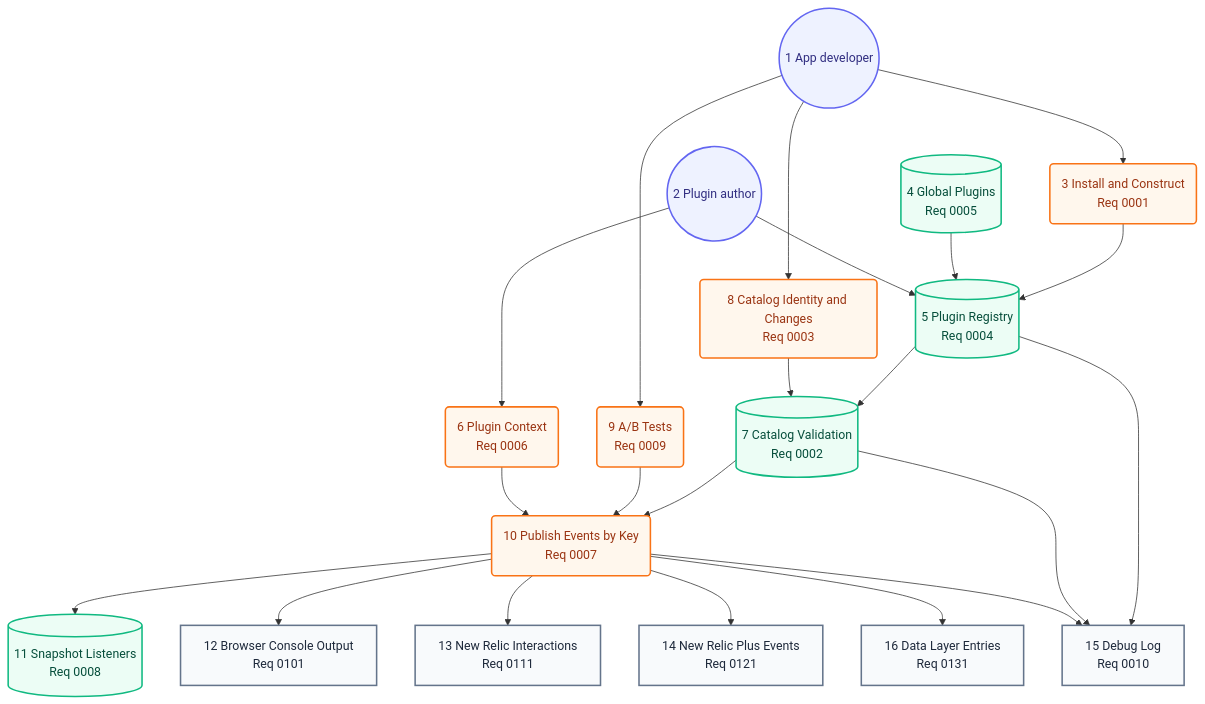
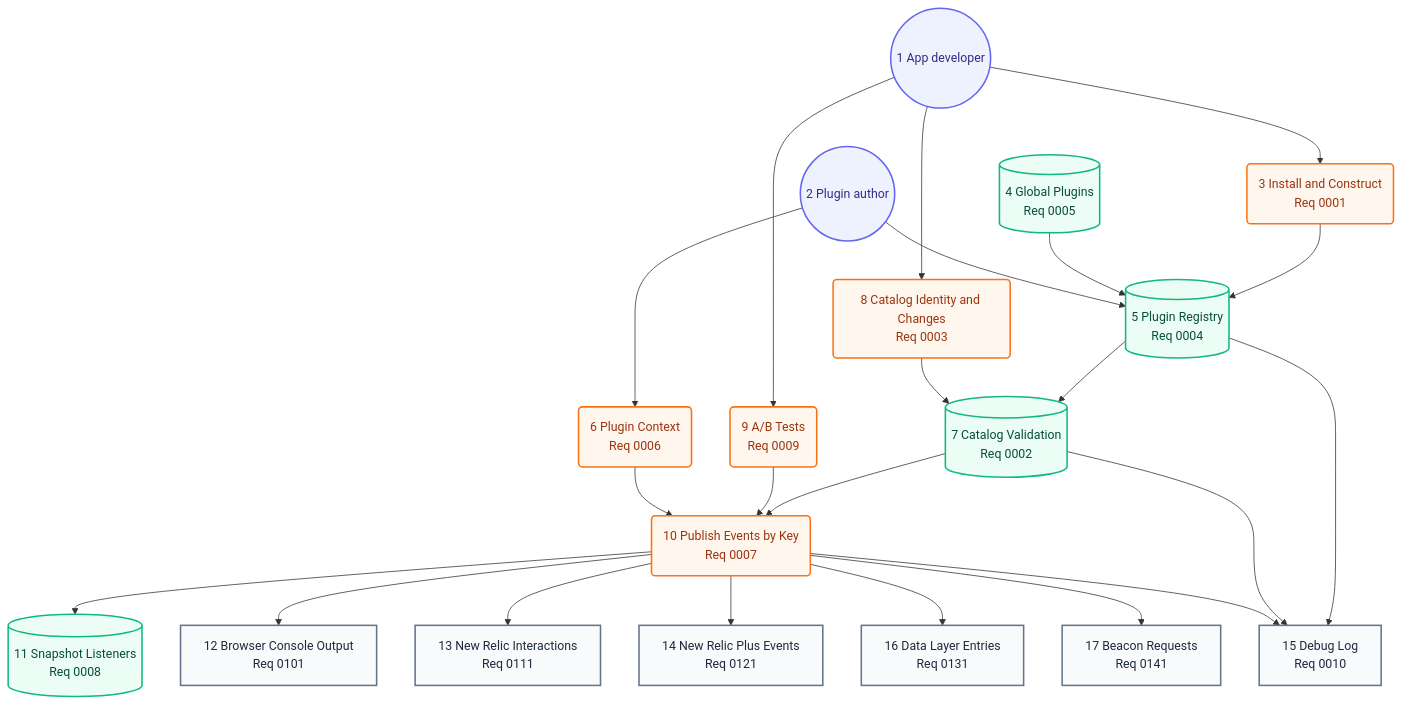
The second of 2 diagrams in docs/architecture/05-user-journey.md (may-journal/Stratum-Observability), drawn with Mermaid before and after one commit. The commit also changed other lines of this file and 11 other files, not shown here.

````diff
--- a/docs/architecture/05-user-journey.md
+++ b/docs/architecture/05-user-journey.md
@@ -33,45 +33,47 @@
 ```mermaid
 flowchart TB
     developer((1 App developer)):::persona
     pluginAuthor((2 Plugin author)):::persona
     construct(3 Install and Construct<br/>Req 0001):::action
     globalPlugins[(4 Global Plugins<br/>Req 0005)]:::system
     registry[(5 Plugin Registry<br/>Req 0004)]:::system
     context(6 Plugin Context<br/>Req 0006):::action
     validation[(7 Catalog Validation<br/>Req 0002)]:::system
     changes(8 Catalog Identity and Changes<br/>Req 0003):::action
     abTests(9 A/B Tests<br/>Req 0009):::action
     publish(10 Publish Events by Key<br/>Req 0007):::action
     listeners[(11 Snapshot Listeners<br/>Req 0008)]:::system
     console[12 Browser Console Output<br/>Req 0101]:::screen
     newRelic[13 New Relic Interactions<br/>Req 0111]:::screen
     newRelicPlus[14 New Relic Plus Events<br/>Req 0121]:::screen
     debug[15 Debug Log<br/>Req 0010]:::screen
     dataLayer[16 Data Layer Entries<br/>Req 0131]:::screen
+    beacon[17 Beacon Requests<br/>Req 0141]:::screen
 
     developer --> construct
     construct --> registry
     globalPlugins --> registry
     pluginAuthor --> registry
     pluginAuthor --> context
     registry --> validation
     developer --> changes
     changes --> validation
     validation --> publish
     developer --> abTests
     abTests --> publish
     context --> publish
     publish --> listeners
     publish --> console
     publish --> newRelic
     publish --> newRelicPlus
     publish --> dataLayer
+    publish --> beacon
     registry --> debug
     validation --> debug
     publish --> debug
 
     classDef persona fill:#eef2ff,stroke:#6366f1,color:#312e81,stroke-width:2px
     classDef screen fill:#f8fafc,stroke:#64748b,color:#1e293b,stroke-width:2px
     classDef action fill:#fff7ed,stroke:#f97316,color:#9a3412,stroke-width:2px
     classDef system fill:#ecfdf5,stroke:#10b981,color:#064e3b,stroke-width:2px
 ```
````
